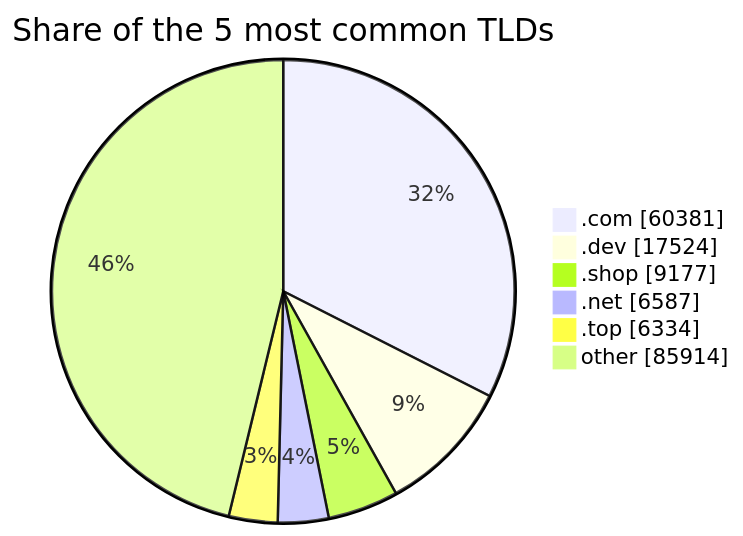
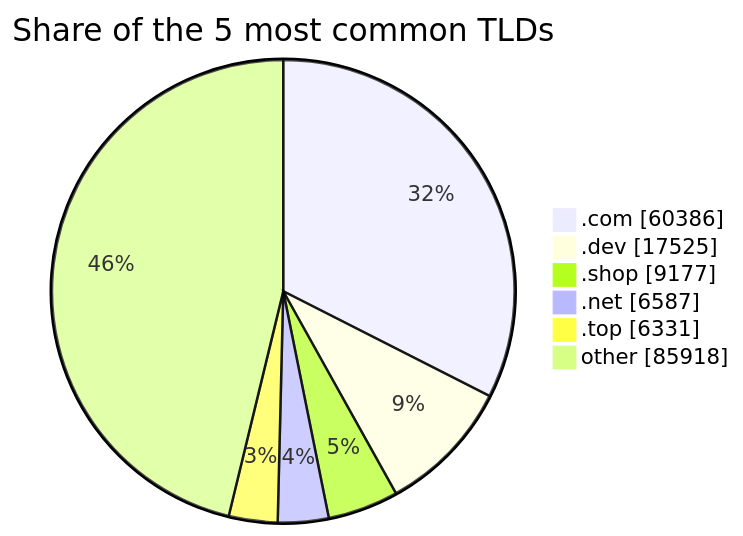
Before and after one commit to DNSBunker/CTI: the third of 3 diagrams in README.md, drawn with Mermaid. The commit also changed other lines of this file and 3 other files, not shown here.

````diff
--- a/README.md
+++ b/README.md
@@ -81,9 +81,9 @@
 ```mermaid
 pie showData title Share of the 5 most common TLDs
-    ".com" : 60381
-    ".dev" : 17524
+    ".com" : 60386
+    ".dev" : 17525
     ".shop" : 9177
     ".net" : 6587
-    ".top" : 6334
-    "other" : 85914
+    ".top" : 6331
+    "other" : 85918
 ```
````
